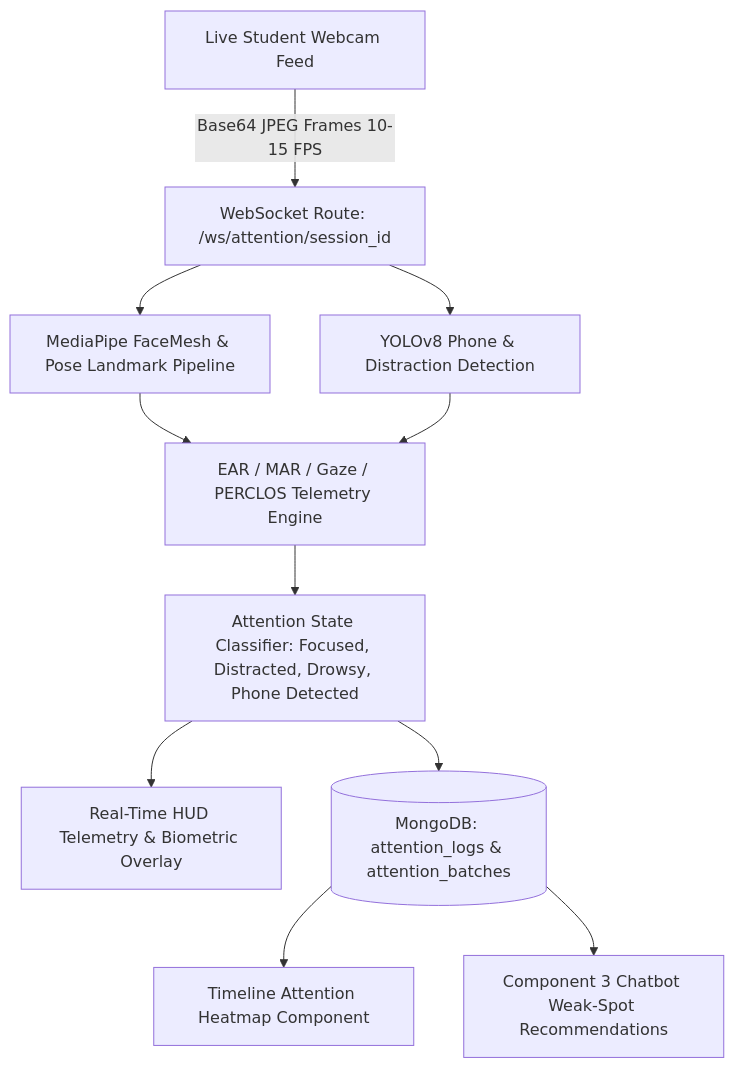
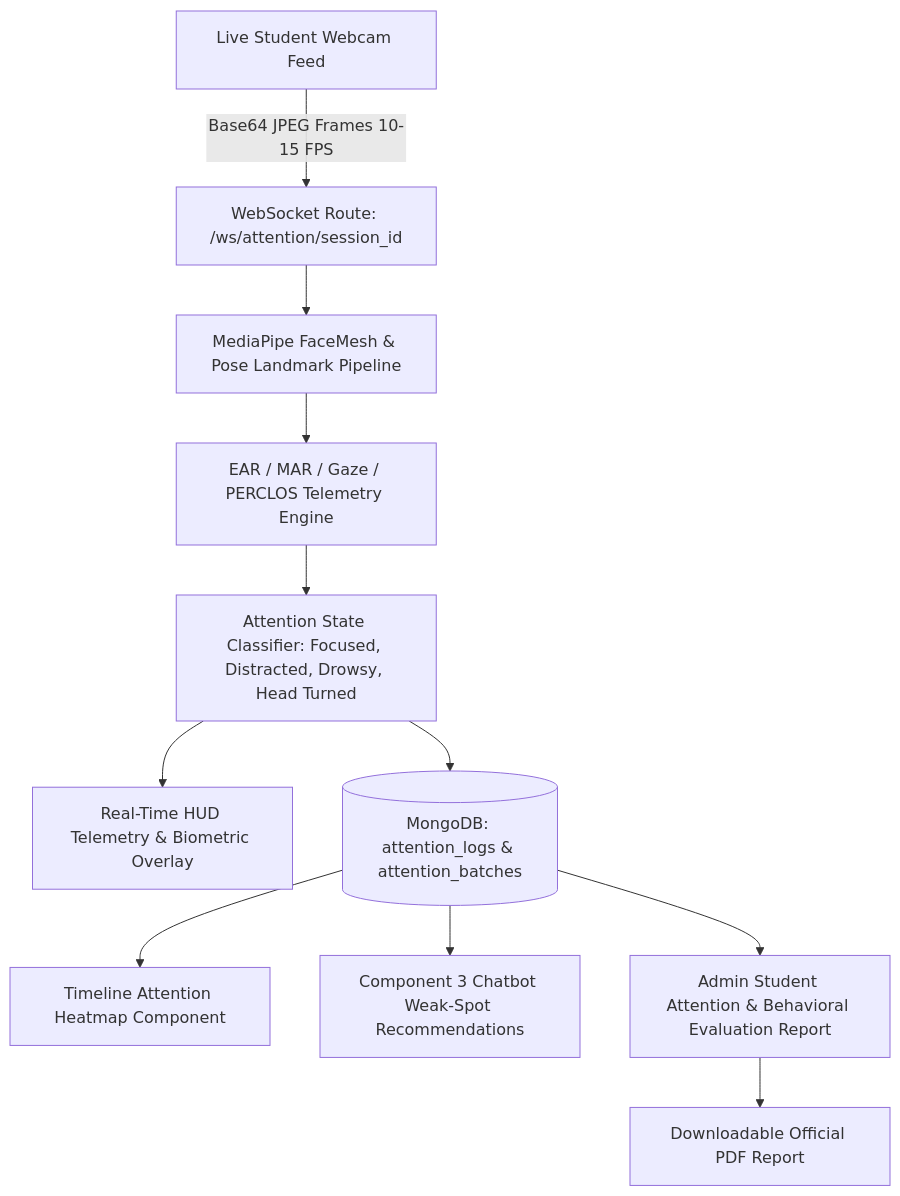
Before and after one commit to heshanjeewantha/projectRP: the diagram in docs/component-01-attention-monitoring.md, drawn with Mermaid. The commit also changed other lines of this file and 30 other files, not shown here.

````diff
--- a/docs/component-01-attention-monitoring.md
+++ b/docs/component-01-attention-monitoring.md
@@ -13,13 +13,13 @@
 ```mermaid
 graph TD
     Webcam[Live Student Webcam Feed] -->|Base64 JPEG Frames 10-15 FPS| WS[WebSocket Route: /ws/attention/session_id]
     WS --> MP[MediaPipe FaceMesh & Pose Landmark Pipeline]
-    WS --> YOLO[YOLOv8 Phone & Distraction Detection]
     MP --> Telemetry[EAR / MAR / Gaze / PERCLOS Telemetry Engine]
-    YOLO --> Telemetry
-    Telemetry --> StateClassifier[Attention State Classifier: Focused, Distracted, Drowsy, Phone Detected]
+    Telemetry --> StateClassifier[Attention State Classifier: Focused, Distracted, Drowsy, Head Turned]
     StateClassifier --> HUD[Real-Time HUD Telemetry & Biometric Overlay]
     StateClassifier --> DB[(MongoDB: attention_logs & attention_batches)]
     DB --> Heatmap[Timeline Attention Heatmap Component]
     DB --> Comp3[Component 3 Chatbot Weak-Spot Recommendations]
+    DB --> AdminRep[Admin Student Attention & Behavioral Evaluation Report]
+    AdminRep --> PDF[Downloadable Official PDF Report]
 ```
````
